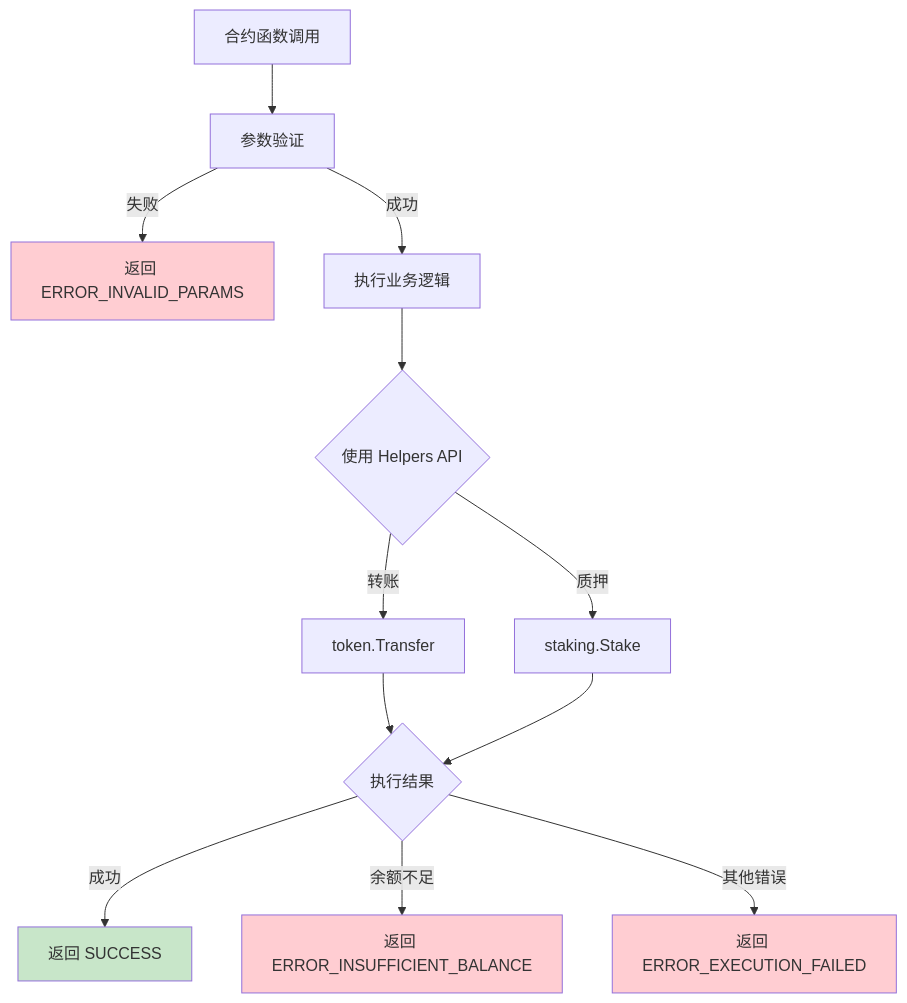
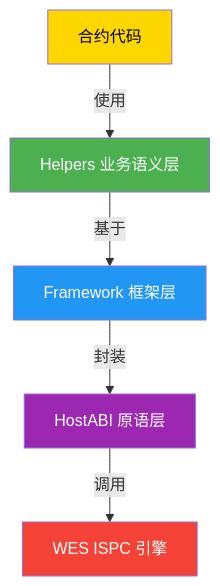
Before and after one commit to weisyn/contract-sdk-go: the second of 2 diagrams in docs/DEVELOPER_GUIDE.md, drawn with Mermaid. The commit also changed other lines of this file and 14 other files, not shown here.

````diff
--- a/docs/DEVELOPER_GUIDE.md
+++ b/docs/DEVELOPER_GUIDE.md
@@ -366,19 +104,13 @@
 ```mermaid
-graph TD
-    A[合约函数调用] --> B[参数验证]
-    B -->|失败| C[返回 ERROR_INVALID_PARAMS]
-    B -->|成功| D[执行业务逻辑]
-    D --> E{使用 Helpers API}
-    E -->|转账| F[token.Transfer]
-    E -->|质押| G[staking.Stake]
-    F --> H{执行结果}
-    G --> H
-    H -->|成功| I[返回 SUCCESS]
-    H -->|余额不足| J[返回 ERROR_INSUFFICIENT_BALANCE]
-    H -->|其他错误| K[返回 ERROR_EXECUTION_FAILED]
+graph TB
+    A[合约代码] -->|使用| B[Helpers 业务语义层]
+    B -->|基于| C[Framework 框架层]
+    C -->|封装| D[HostABI 原语层]
+    D -->|调用| E[WES ISPC 引擎]
     
-    style C fill:#FFCDD2
-    style J fill:#FFCDD2
-    style K fill:#FFCDD2
-    style I fill:#C8E6C9
+    style A fill:#FFD700,color:#000
+    style B fill:#4CAF50,color:#fff
+    style C fill:#2196F3,color:#fff
+    style D fill:#9C27B0,color:#fff
+    style E fill:#F44336,color:#fff
 ```
````
